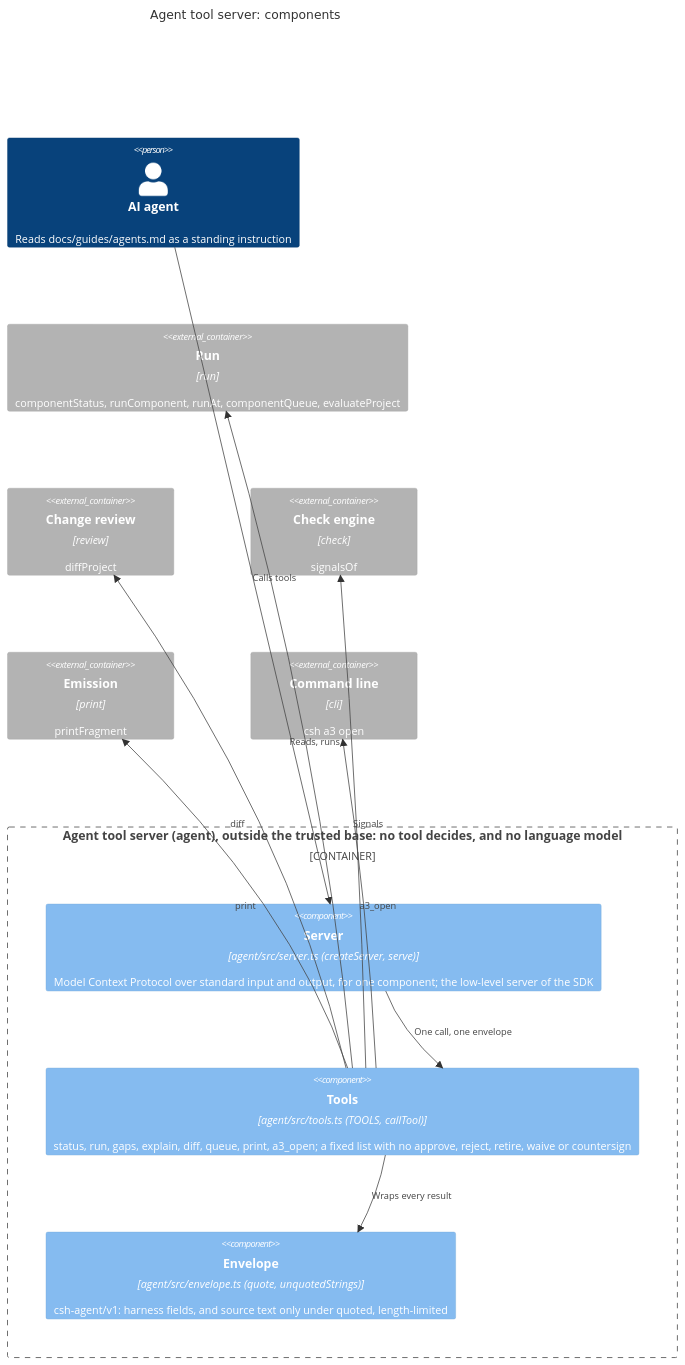
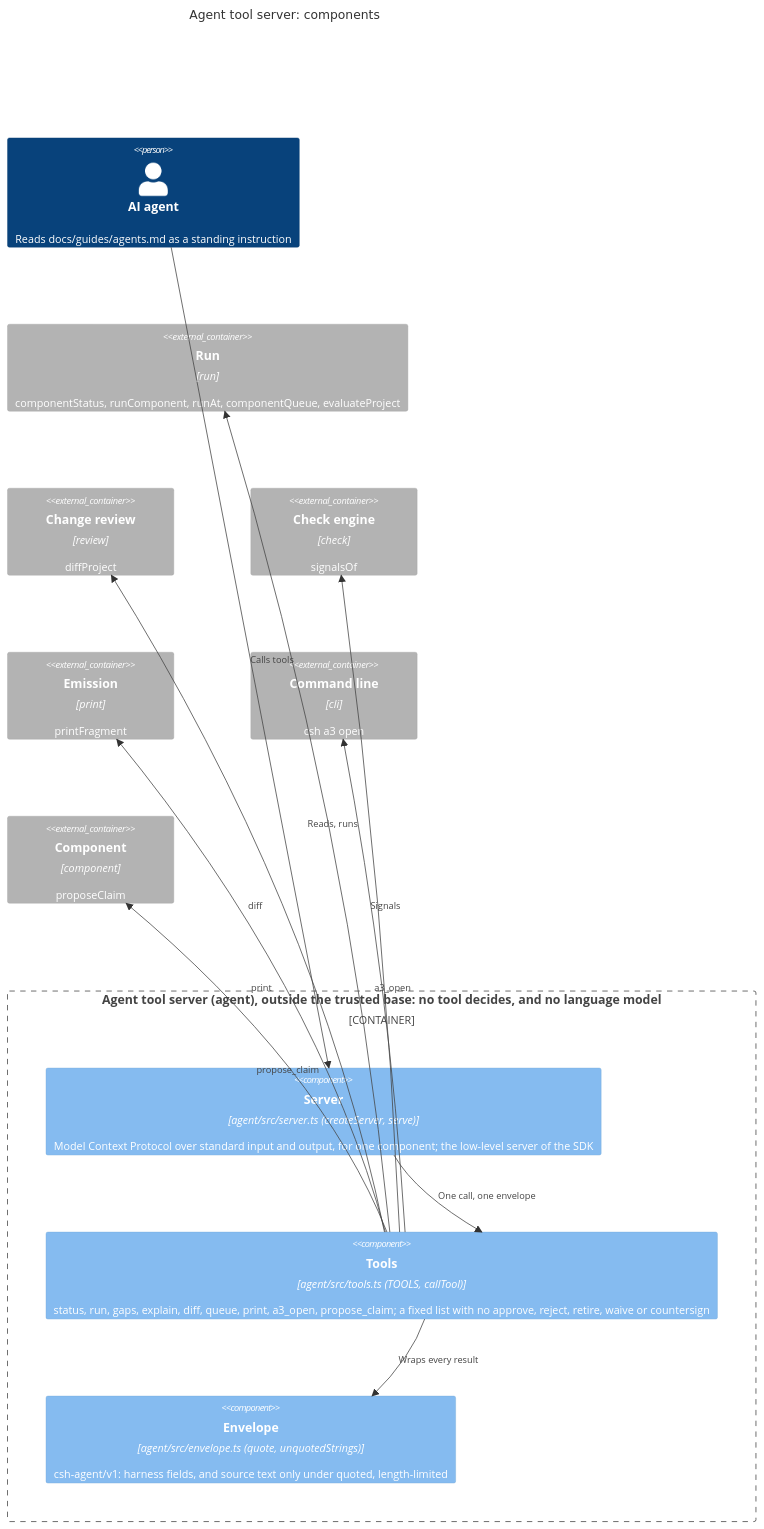
One commit to lgriffin/CSH changed the diagram in docs/architecture/components-agent.mmd. Above: the diagram before and after it, drawn with Mermaid. The commit also changed 63 other files, not shown here.

```diff
--- a/docs/architecture/components-agent.mmd
+++ b/docs/architecture/components-agent.mmd
@@ -1,22 +1,24 @@
 %% C4 level 3: components of the agent tool server (Next layers, section 6).
 C4Component
   title Agent tool server: components
   Person(agentUser, "AI agent", "Reads docs/guides/agents.md as a standing instruction")
   Container_Boundary(a, "Agent tool server (agent), outside the trusted base: no tool decides, and no language model") {
     Component(server, "Server", "agent/src/server.ts (createServer, serve)", "Model Context Protocol over standard input and output, for one component; the low-level server of the SDK")
-    Component(tools, "Tools", "agent/src/tools.ts (TOOLS, callTool)", "status, run, gaps, explain, diff, queue, print, a3_open; a fixed list with no approve, reject, retire, waive or countersign")
+    Component(tools, "Tools", "agent/src/tools.ts (TOOLS, callTool)", "status, run, gaps, explain, diff, queue, print, a3_open, propose_claim; a fixed list with no approve, reject, retire, waive or countersign")
     Component(envelope, "Envelope", "agent/src/envelope.ts (quote, unquotedStrings)", "csh-agent/v1: harness fields, and source text only under quoted, length-limited")
   }
   Container_Ext(run, "Run", "run", "componentStatus, runComponent, runAt, componentQueue, evaluateProject")
   Container_Ext(review, "Change review", "review", "diffProject")
   Container_Ext(check, "Check engine", "check", "signalsOf")
   Container_Ext(emission, "Emission", "print", "printFragment")
   Container_Ext(cli, "Command line", "cli", "csh a3 open")
+  Container_Ext(component, "Component", "component", "proposeClaim")
   Rel(agentUser, server, "Calls tools")
   Rel(server, tools, "One call, one envelope")
   Rel(tools, envelope, "Wraps every result")
   Rel(tools, run, "Reads, runs")
   Rel(tools, review, "diff")
   Rel(tools, check, "Signals")
+  Rel(tools, component, "propose_claim")
   Rel(tools, emission, "print")
   Rel(tools, cli, "a3_open")
```
